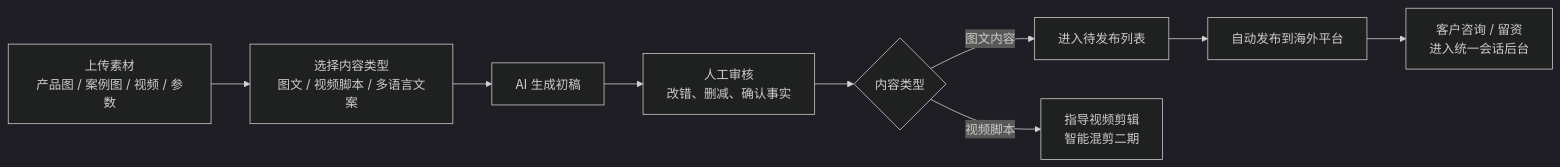
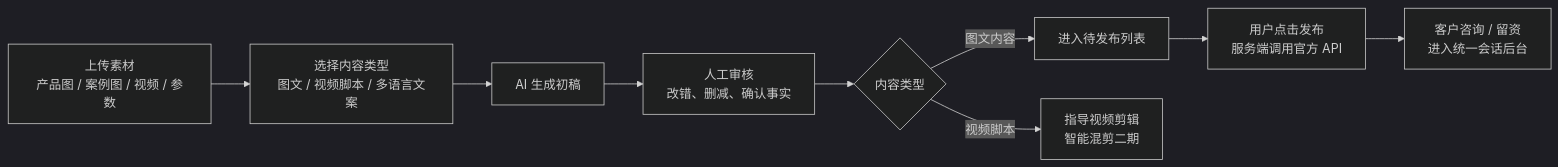
One commit to jueyunai/ivybm changed the fourth of 6 diagrams in docs/requirements/一期需求说明文档.md. Above: the diagram before and after it, drawn with Mermaid (dark theme). The commit also changed other lines of this file and 10 other files, not shown here.

````diff
--- a/docs/requirements/一期需求说明文档.md
+++ b/docs/requirements/一期需求说明文档.md
@@ -333,11 +335,11 @@
 ```mermaid
 flowchart LR
     A["上传素材<br/>产品图 / 案例图 / 视频 / 参数"] --> B["选择内容类型<br/>图文 / 视频脚本 / 多语言文案"]
     B --> C["AI 生成初稿"]
     C --> D["人工审核<br/>改错、删减、确认事实"]
     D --> E{"内容类型"}
     E -->|图文内容| F["进入待发布列表"]
-    F --> G["自动发布到海外平台"]
+    F --> G["用户点击发布<br/>服务端调用官方 API"]
     G --> H["客户咨询 / 留资<br/>进入统一会话后台"]
     E -->|视频脚本| I["指导视频剪辑<br/>智能混剪二期"]
 ```
````
